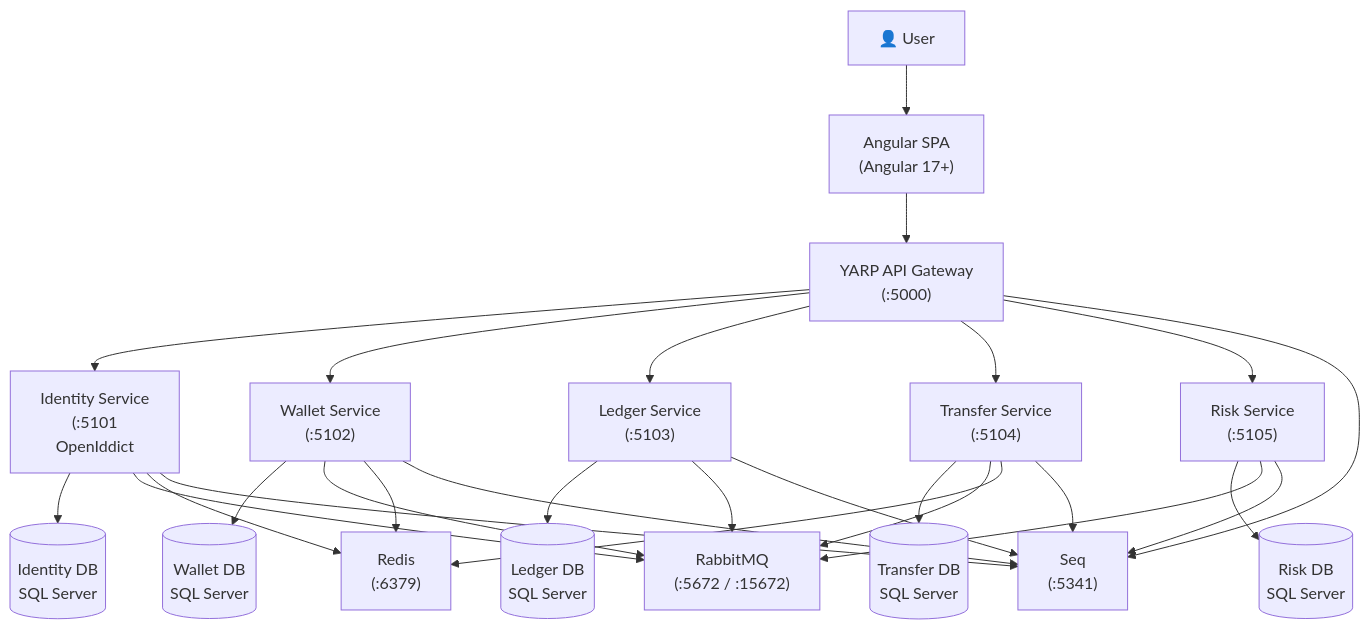
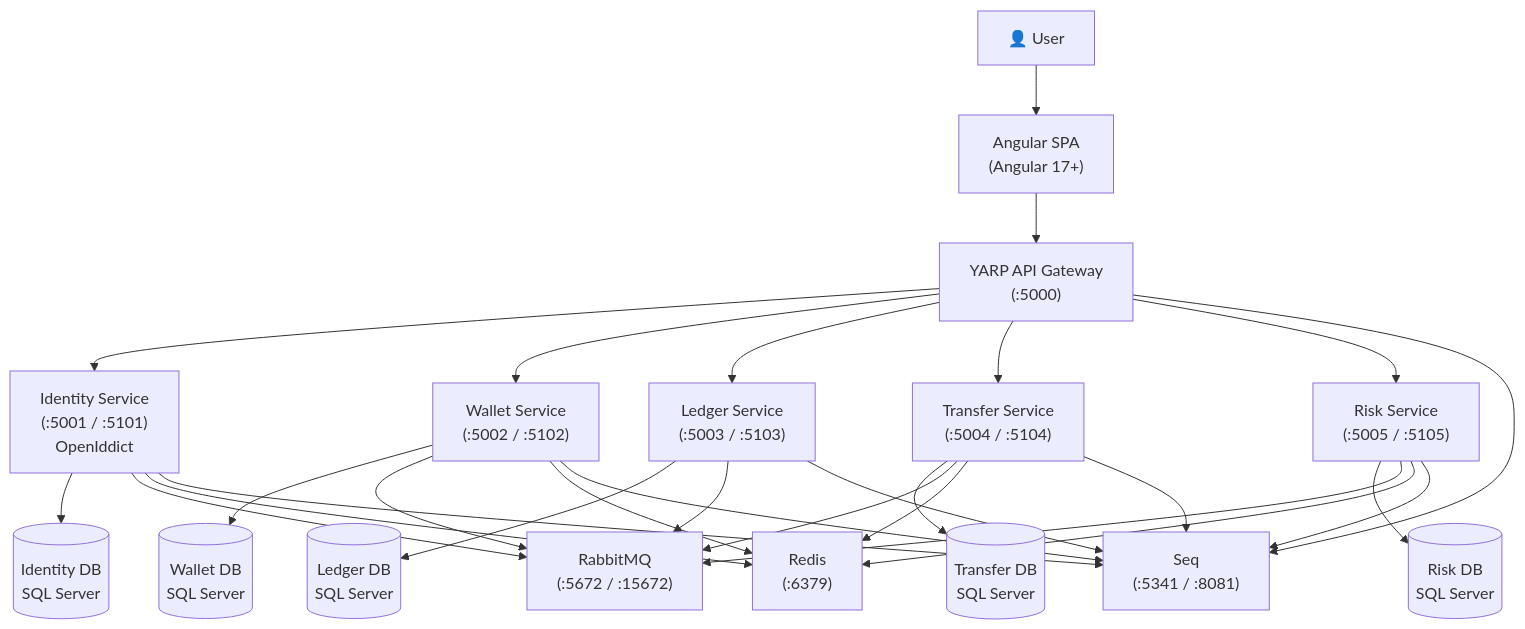
The diagram in README.md (Gurkan26/kumbara), drawn with Mermaid before and after one commit. The commit also changed other lines of this file and 1 other file, not shown here.

````diff
--- a/README.md
+++ b/README.md
@@ -15,53 +15,54 @@
 ```mermaid
 graph TB
     User["👤 User"]
     SPA["Angular SPA<br/>(Angular 17+)"]
     Gateway["YARP API Gateway<br/>(:5000)"]
 
-    Identity["Identity Service<br/>(:5101<br/>OpenIddict"]
-    Wallet["Wallet Service<br/>(:5102)"]
-    Ledger["Ledger Service<br/>(:5103)"]
-    Transfer["Transfer Service<br/>(:5104)"]
-    Risk["Risk Service<br/>(:5105)"]
+    Identity["Identity Service<br/>(:5001 / :5101)<br/>OpenIddict"]
+    Wallet["Wallet Service<br/>(:5002 / :5102)"]
+    Ledger["Ledger Service<br/>(:5003 / :5103)"]
+    Transfer["Transfer Service<br/>(:5004 / :5104)"]
+    Risk["Risk Service<br/>(:5005 / :5105)"]
 
     IdentityDb[("Identity DB<br/>SQL Server")]
     WalletDb[("Wallet DB<br/>SQL Server")]
     LedgerDb[("Ledger DB<br/>SQL Server")]
     TransferDb[("Transfer DB<br/>SQL Server")]
     RiskDb[("Risk DB<br/>SQL Server")]
 
     RabbitMQ["RabbitMQ<br/>(:5672 / :15672)"]
     Redis["Redis<br/>(:6379)"]
-    Seq["Seq<br/>(:5341)"]
+    Seq["Seq<br/>(:5341 / :8081)"]
 
     User --> SPA
     SPA --> Gateway
     Gateway --> Identity
     Gateway --> Wallet
     Gateway --> Ledger
     Gateway --> Transfer
     Gateway --> Risk
 
     Identity --> IdentityDb
     Wallet --> WalletDb
     Ledger --> LedgerDb
     Transfer --> TransferDb
     Risk --> RiskDb
 
     Identity --> RabbitMQ
     Wallet --> RabbitMQ
     Ledger --> RabbitMQ
     Transfer --> RabbitMQ
     Risk --> RabbitMQ
 
     Identity --> Redis
     Wallet --> Redis
     Transfer --> Redis
+    Risk --> Redis
 
     Identity --> Seq
     Wallet --> Seq
     Ledger --> Seq
     Transfer --> Seq
     Risk --> Seq
     Gateway --> Seq
 ```
````
